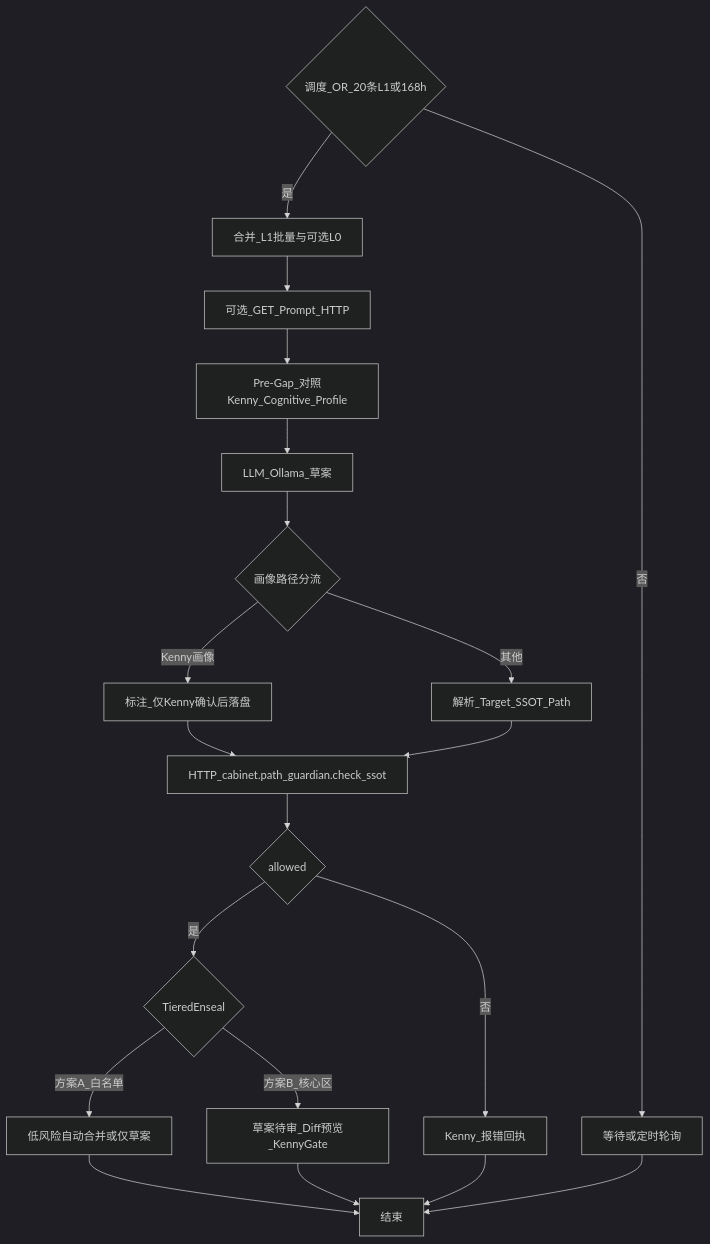
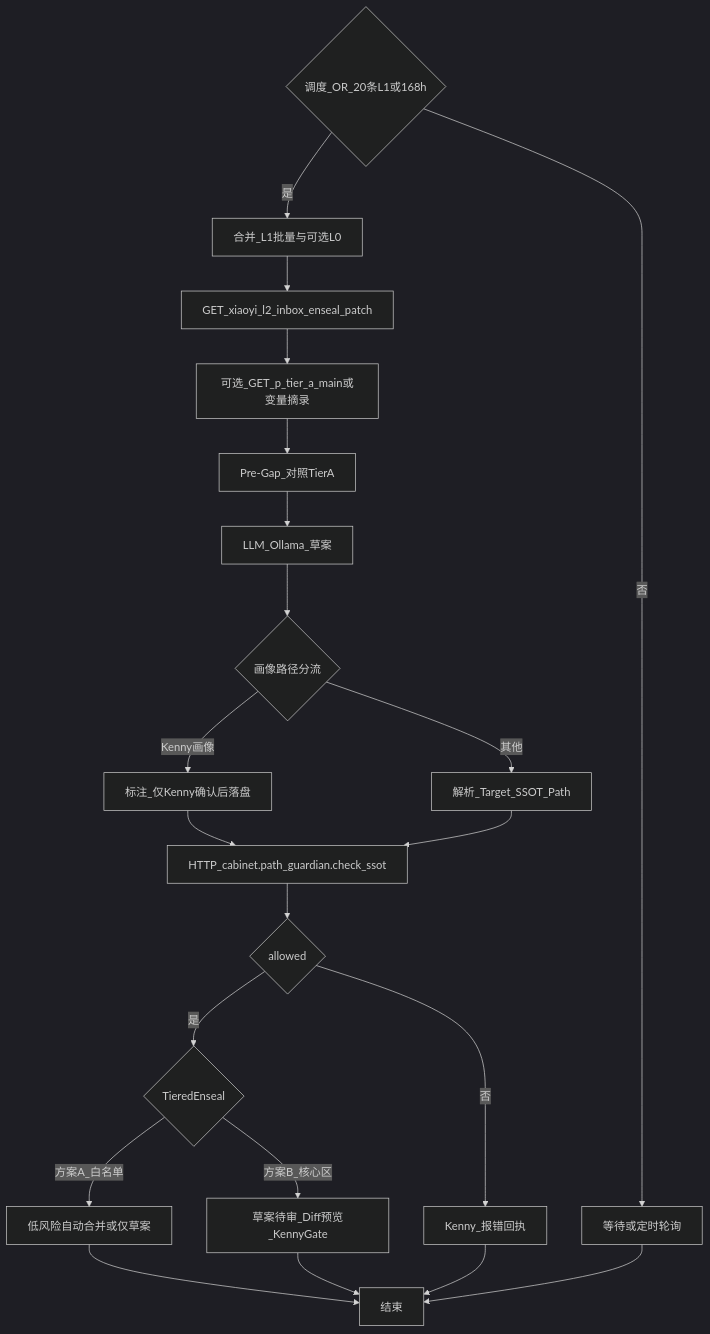
The diagram in Dify/01_Ingest_&_Memory/WF_InboxRefine_Patch.md (kennyxu73-sketch/AI-obsidian), drawn with Mermaid (dark theme) before and after one commit. The commit also changed other lines of this file and 8 other files, not shown here.

````diff
--- a/Dify/01_Ingest_&_Memory/WF_InboxRefine_Patch.md
+++ b/Dify/01_Ingest_&_Memory/WF_InboxRefine_Patch.md
@@ -54,23 +55,24 @@
 ```mermaid
 flowchart TD
   Sched{调度_OR_20条L1或168h}
   Sched -->|否| Wait[等待或定时轮询]
   Sched -->|是| Merge[合并_L1批量与可选L0]
-  Merge --> HttpPrompt[可选_GET_Prompt_HTTP]
-  HttpPrompt --> PreGap[Pre-Gap_对照Kenny_Cognitive_Profile]
+  Merge --> HttpPrompt[GET_xiaoyi_l2_inbox_enseal_patch]
+  HttpPrompt --> OptTierA[可选_GET_p_tier_a_main或变量摘录]
+  OptTierA --> PreGap[Pre-Gap_对照TierA]
   PreGap --> LLM[LLM_Ollama_草案]
   LLM --> PortraitSplit{画像路径分流}
   PortraitSplit -->|Kenny画像| TagPortrait[标注_仅Kenny确认后落盘]
   PortraitSplit -->|其他| Parse[解析_Target_SSOT_Path]
   TagPortrait --> CheckSSOT[HTTP_cabinet.path_guardian.check_ssot]
   Parse --> CheckSSOT
   CheckSSOT --> Gate{allowed}
   Gate -->|否| ErrReply[Kenny_报错回执]
   Gate -->|是| Tier{TieredEnseal}
   Tier -->|方案A_白名单| OutA[低风险自动合并或仅草案]
   Tier -->|方案B_核心区| OutB[草案待审_Diff预览_KennyGate]
   OutA --> EndNode[结束]
   OutB --> EndNode
   ErrReply --> EndNode
   Wait --> EndNode
 ```
````
